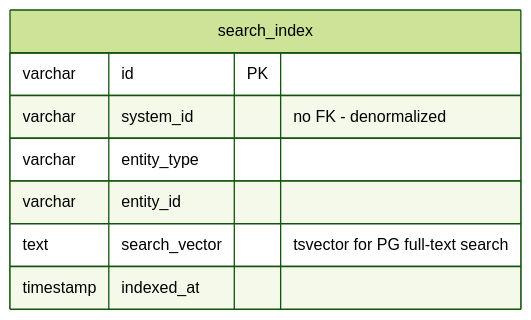
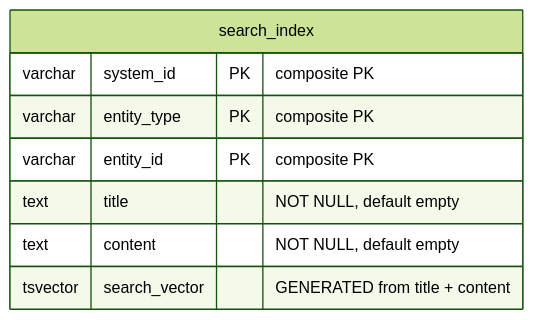
Before and after one commit to ThePrismSystem/pluralscape-mono: diagram 19 of 20 in docs/database-schema.md, drawn with Mermaid (forest theme). The commit also changed other lines of this file, not shown here.

Commit message:
docs(db): correct ER diagrams against actual PG schema

````diff
--- a/docs/database-schema.md
+++ b/docs/database-schema.md
@@ -1027,11 +1042,11 @@
 ```mermaid
 erDiagram
     search_index {
-        varchar id PK
-        varchar system_id "no FK - denormalized"
-        varchar entity_type
-        varchar entity_id
-        text search_vector "tsvector for PG full-text search"
-        timestamp indexed_at
+        varchar system_id PK "composite PK"
+        varchar entity_type PK "composite PK"
+        varchar entity_id PK "composite PK"
+        text title "NOT NULL, default empty"
+        text content "NOT NULL, default empty"
+        tsvector search_vector "GENERATED from title + content"
     }
 ```
````
